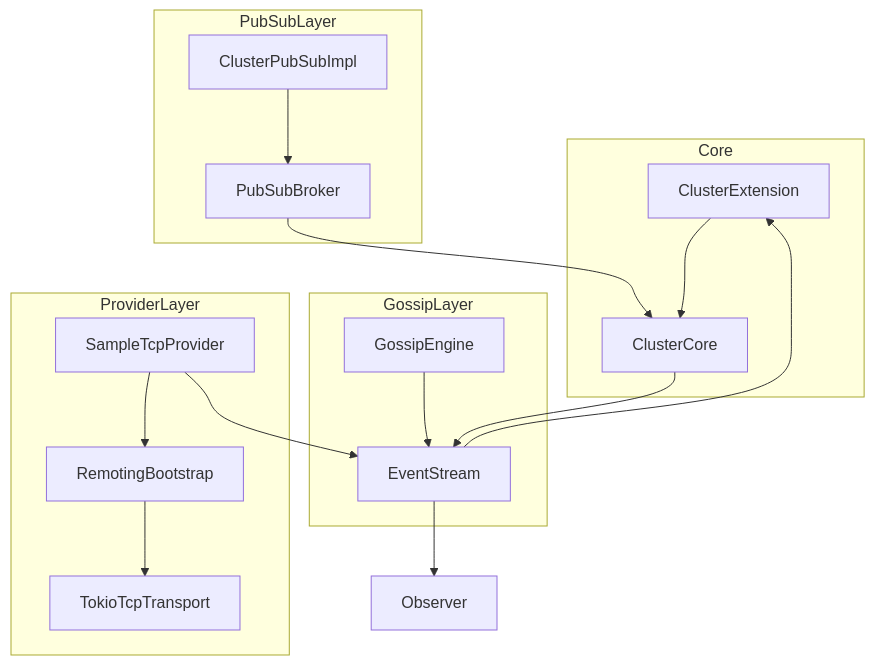
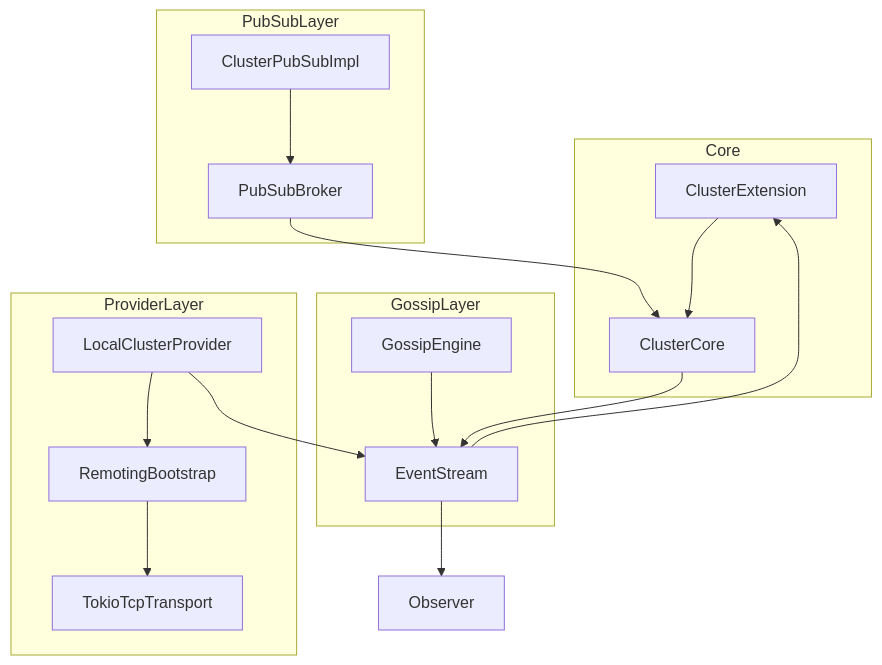
Before and after one commit to j5ik2o/fraktor-rs: the first of 2 diagrams in .kiro/specs/protoactor-go-cluster-extension-samples/design.md, drawn with Mermaid. The commit also changed other lines of this file and 17 other files, not shown here.

Commit message:
refactor: reorganize cluster provider modules and implement LocalClusterProvider for membership-aware scenarios

````diff
--- a/.kiro/specs/protoactor-go-cluster-extension-samples/design.md
+++ b/.kiro/specs/protoactor-go-cluster-extension-samples/design.md
@@ -27,21 +27,21 @@
 ```mermaid
 graph TB
     subgraph Core
       ClusterExtension --> ClusterCore
     end
     subgraph GossipLayer
       GossipEngine --> EventStream
     end
     subgraph ProviderLayer
-      SampleTcpProvider --> RemotingBootstrap
+      LocalClusterProvider --> RemotingBootstrap
       RemotingBootstrap --> TokioTcpTransport
-      SampleTcpProvider --> EventStream
+      LocalClusterProvider --> EventStream
     end
     subgraph PubSubLayer
       ClusterPubSubImpl --> PubSubBroker
       PubSubBroker --> ClusterCore
     end
     EventStream --> ClusterExtension
     ClusterCore --> EventStream
     EventStream --> Observer
 ```
````
